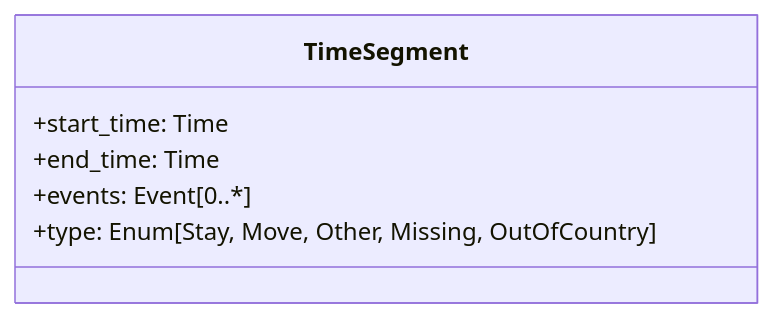
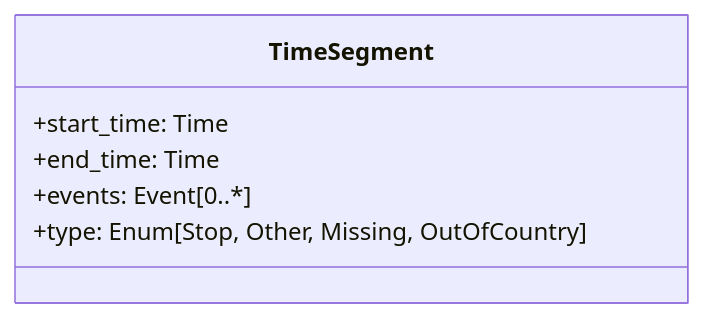
One commit to djvanderlaan/pipeline changed the third of 7 diagrams in README.md. Above: the diagram before and after it, drawn with Mermaid.

````diff
--- a/README.md
+++ b/README.md
@@ -87,9 +87,9 @@
 ```mermaid
 classDiagram
   class TimeSegment {
     +start_time: Time
     +end_time: Time
     +events: Event[0..*]
-    +type: Enum[Stay, Move, Other, Missing, OutOfCountry]
+    +type: Enum[Stop, Other, Missing, OutOfCountry]
   }
 ```
````
